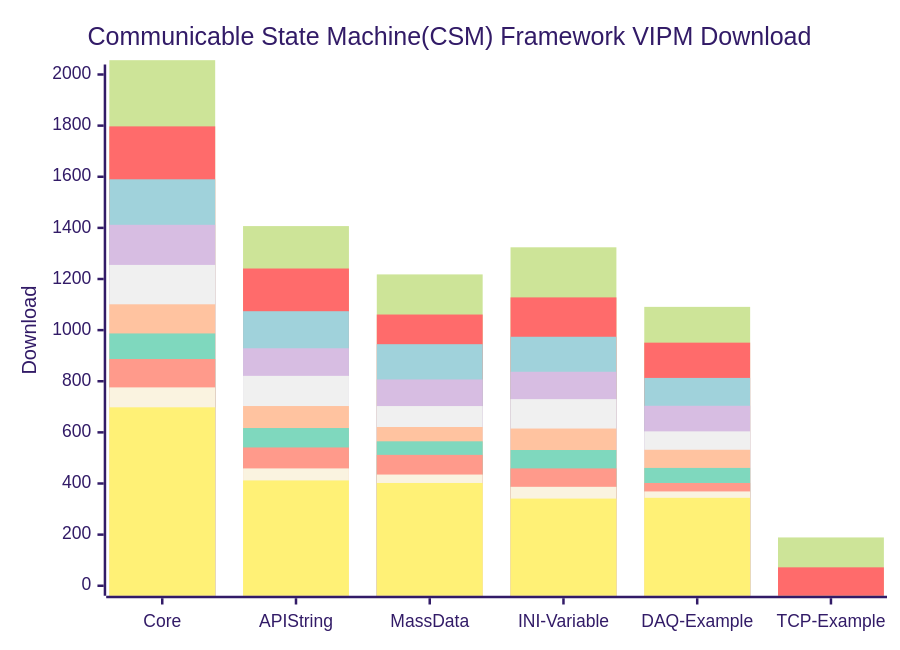
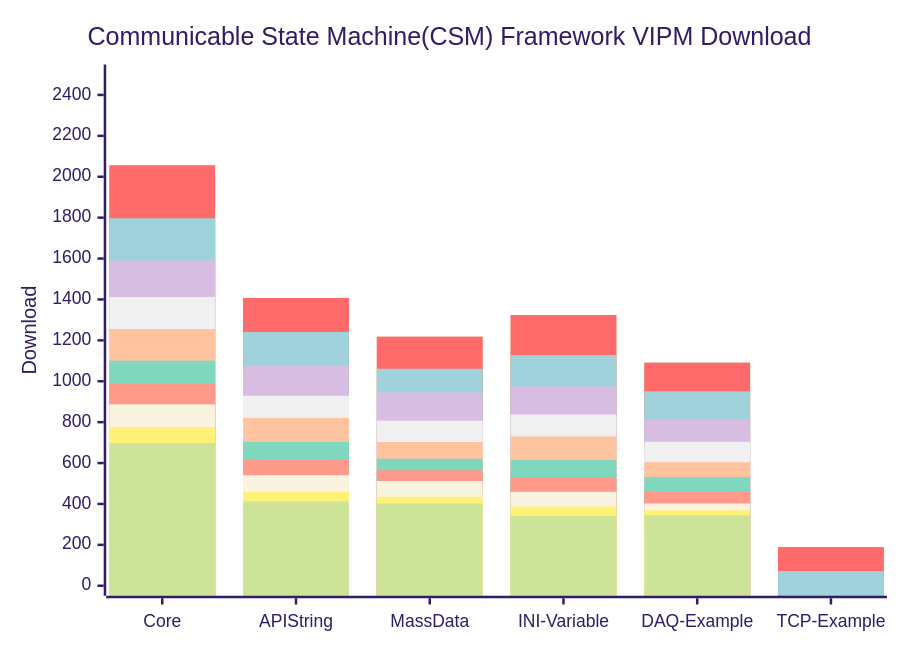
One commit to NEVSTOP-LAB/.github changed the diagram in profile/README.md. Above: the diagram before and after it, drawn with Mermaid (forest theme).

````diff
--- a/profile/README.md
+++ b/profile/README.md
@@ -31,16 +31,17 @@
 ```mermaid
     xychart-beta
     title "Communicable State Machine(CSM) Framework VIPM Download"
     x-axis [Core, API String, MassData, INI-Variable, DAQ-Example, TCP-Example]
-    y-axis "Download" 0 --> 2000
+    y-axis "Download" 0 --> 2500
+    bar   [2056, 1407, 1218, 1324, 1091, 189]
     bar   [2056, 1407, 1218, 1324, 1091, 189]
     bar   [1797, 1241, 1061, 1128, 951, 72]
     bar   [1590, 1074, 945, 974, 813]
     bar   [1412, 929, 807, 837, 704]
     bar   [1255, 821, 703, 730, 604]
     bar   [1101, 703, 621, 615, 532]
     bar   [987, 617, 565, 531, 461]
     bar   [887, 541, 512, 459, 402]
     bar   [776, 459, 435, 387, 369]
     bar   [698, 412, 402, 341, 344]
 ```
````
